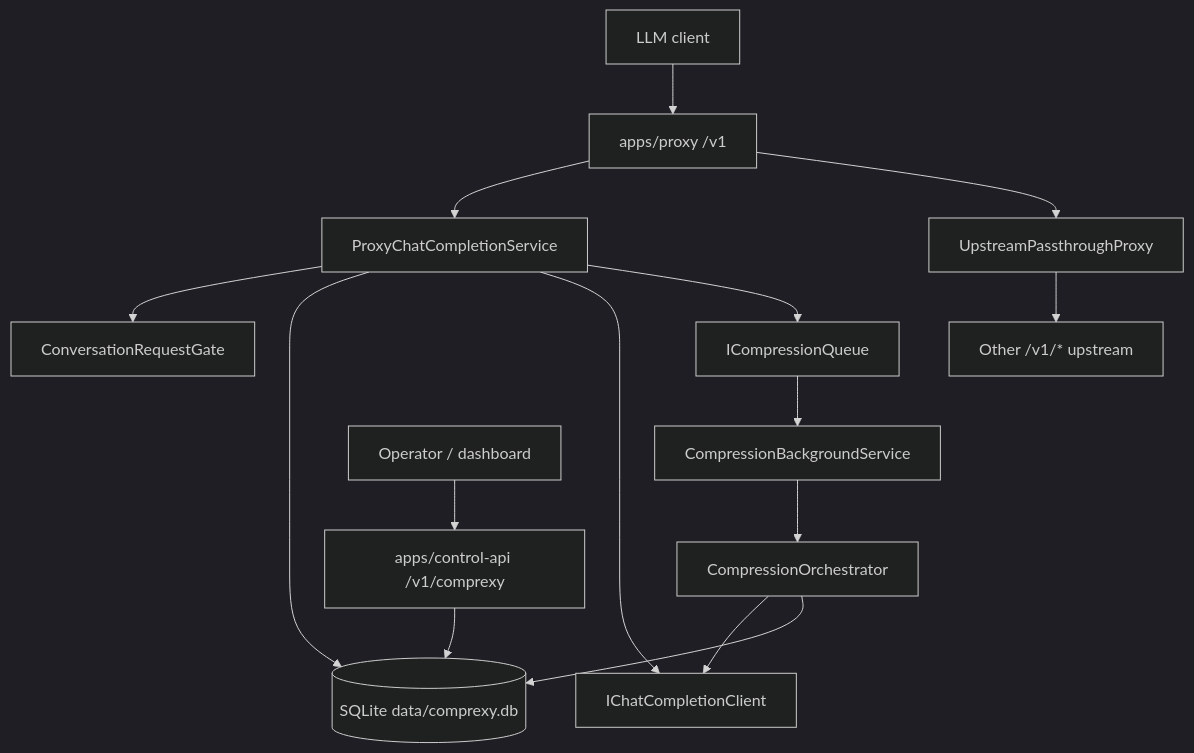
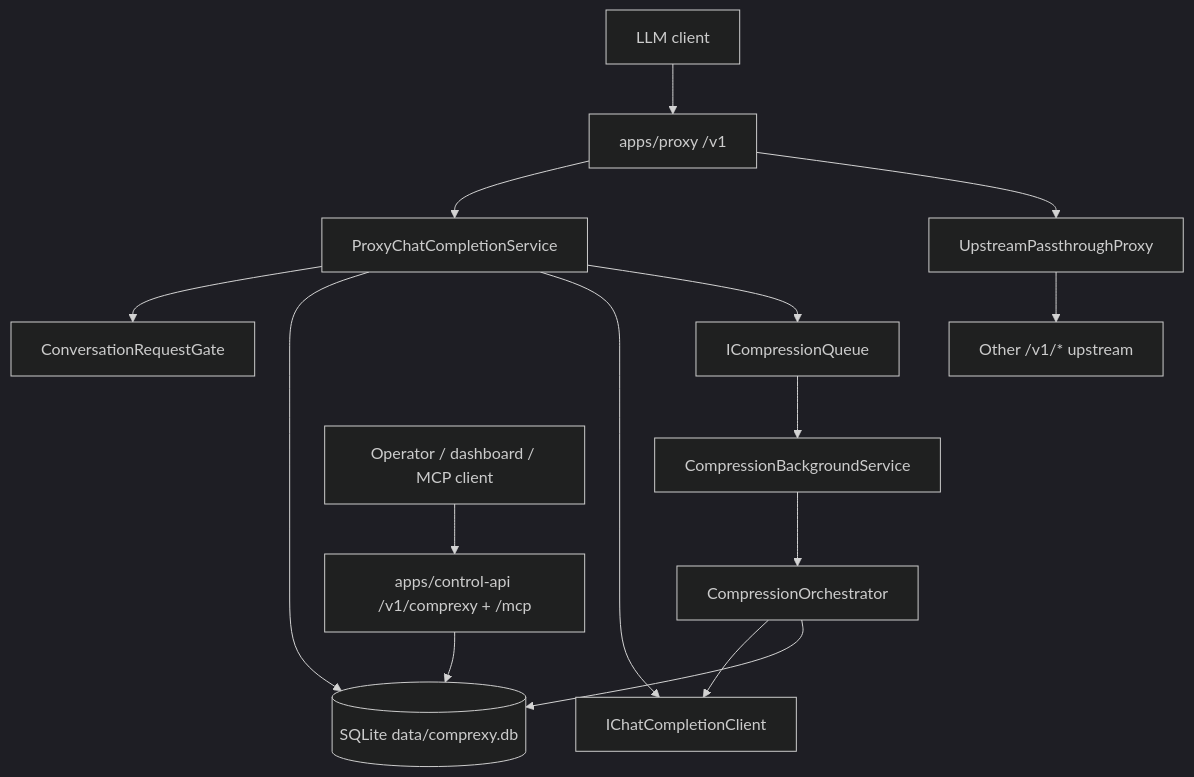
The diagram in docs/ARCHITECTURE.md (norielmallari/comprexy), drawn with Mermaid (dark theme) before and after one commit. The commit also changed other lines of this file and 68 other files, not shown here.

First line of the commit message:
feat: add control-api telemetry/retrieval MCP endpoint

````diff
--- a/docs/ARCHITECTURE.md
+++ b/docs/ARCHITECTURE.md
@@ -38,17 +38,17 @@
 ```mermaid
 flowchart TB
   Client[LLM client] --> Api["apps/proxy /v1"]
   Api --> Proxy[ProxyChatCompletionService]
   Proxy --> Gate[ConversationRequestGate]
   Proxy --> DB[(SQLite data/comprexy.db)]
   Proxy --> Upstream[IChatCompletionClient]
   Proxy --> Queue[ICompressionQueue]
   Queue --> Worker[CompressionBackgroundService]
   Worker --> Orch[CompressionOrchestrator]
   Orch --> Upstream
   Orch --> DB
   Api --> Pass[UpstreamPassthroughProxy]
   Pass --> Provider[Other /v1/* upstream]
-  Ops[Operator / dashboard] --> Control["apps/control-api /v1/comprexy"]
+  Ops[Operator / dashboard / MCP client] --> Control["apps/control-api /v1/comprexy + /mcp"]
   Control --> DB
 ```
````
